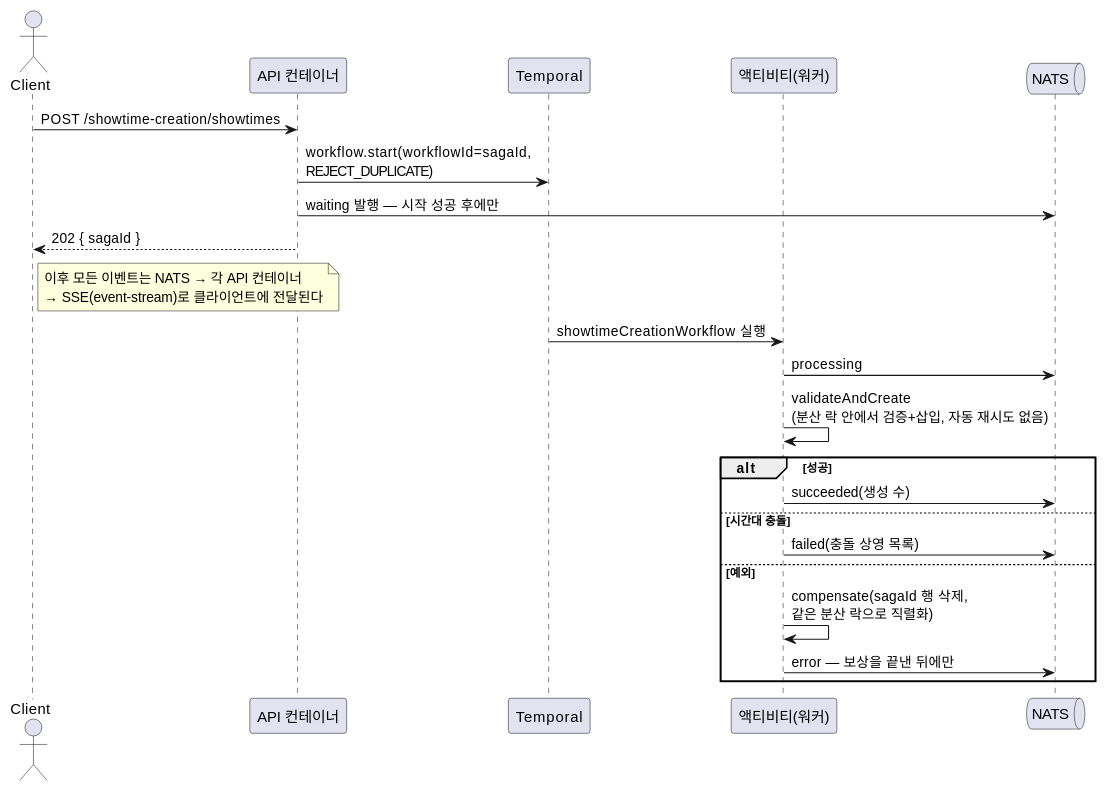
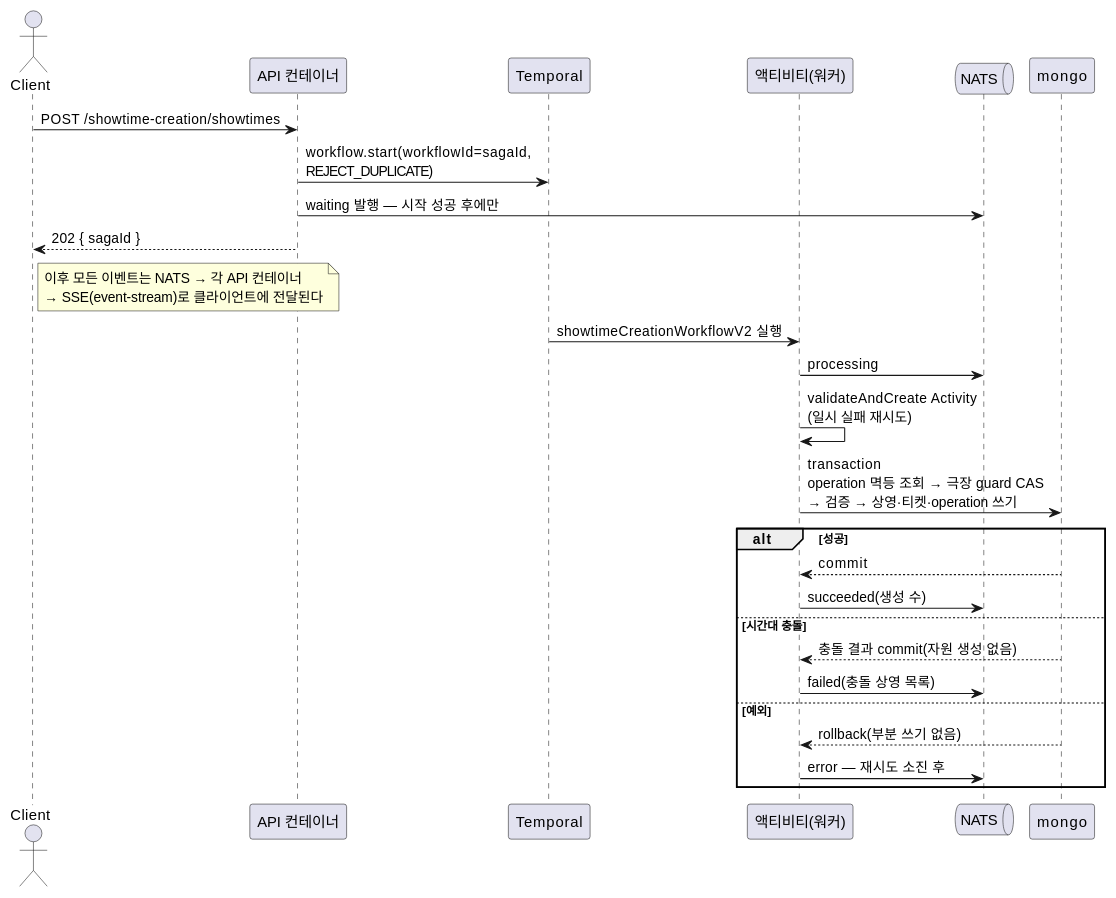
One commit to mannercode/nest-seed changed the second of 2 diagrams in docs/apps.md. Above: the diagram before and after it, drawn with PlantUML. The commit also changed other lines of this file and 72 other files, not shown here.

````diff
--- a/docs/apps.md
+++ b/docs/apps.md
@@ -193,30 +224,33 @@
 ```plantuml
 @startuml
 actor Client
 participant "API 컨테이너" as API
 participant Temporal
 participant "액티비티(워커)" as Worker
 queue NATS
 
 Client -> API: POST /showtime-creation/showtimes
 API -> Temporal: workflow.start(workflowId=sagaId,\nREJECT_DUPLICATE)
 API -> NATS: waiting 발행 — 시작 성공 후에만
 API --> Client: 202 { sagaId }
 note right of Client
   이후 모든 이벤트는 NATS → 각 API 컨테이너
   → SSE(event-stream)로 클라이언트에 전달된다
 end note
 
-Temporal -> Worker: showtimeCreationWorkflow 실행
+Temporal -> Worker: showtimeCreationWorkflowV2 실행
 Worker -> NATS: processing
-Worker -> Worker: validateAndCreate\n(분산 락 안에서 검증+삽입, 자동 재시도 없음)
+Worker -> Worker: validateAndCreate Activity\n(일시 실패 재시도)
+Worker -> mongo: transaction\noperation 멱등 조회 → 극장 guard CAS\n→ 검증 → 상영·티켓·operation 쓰기
 alt 성공
+    mongo --> Worker: commit
     Worker -> NATS: succeeded(생성 수)
 else 시간대 충돌
+    mongo --> Worker: 충돌 결과 commit(자원 생성 없음)
     Worker -> NATS: failed(충돌 상영 목록)
 else 예외
-    Worker -> Worker: compensate(sagaId 행 삭제,\n같은 분산 락으로 직렬화)
-    Worker -> NATS: error — 보상을 끝낸 뒤에만
+    mongo --> Worker: rollback(부분 쓰기 없음)
+    Worker -> NATS: error — 재시도 소진 후
 end
 @enduml
 ```
````
